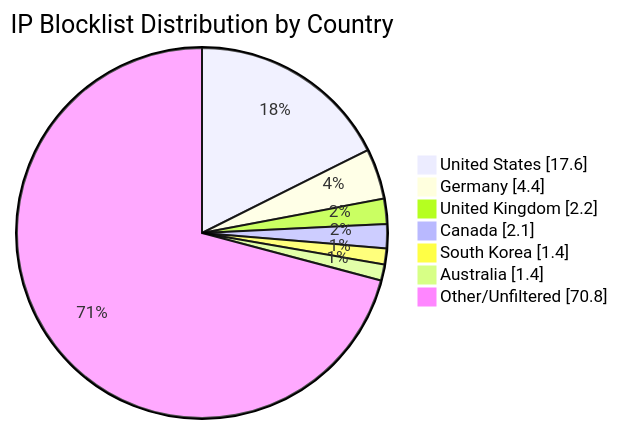
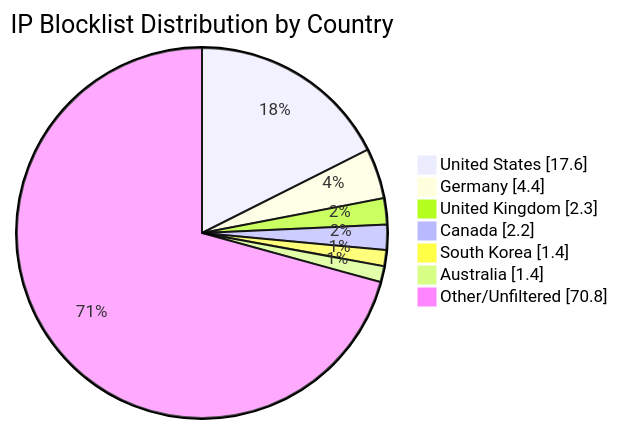
Before and after one commit to MarcusHoltz/ipblocklist-geofiltered-aggregator: the diagram in README.md, drawn with Mermaid. The commit also changed other lines of this file and 9 other files, not shown here.

````diff
--- a/README.md
+++ b/README.md
@@ -34,10 +34,10 @@
 ```mermaid
 pie showData title IP Blocklist Distribution by Country
 "United States" : 17.6
 "Germany" : 4.4
-"United Kingdom" : 2.2
-"Canada" : 2.1
+"United Kingdom" : 2.3
+"Canada" : 2.2
 "South Korea" : 1.4
 "Australia" : 1.4
 "Other/Unfiltered" : 70.8
 ```
````
